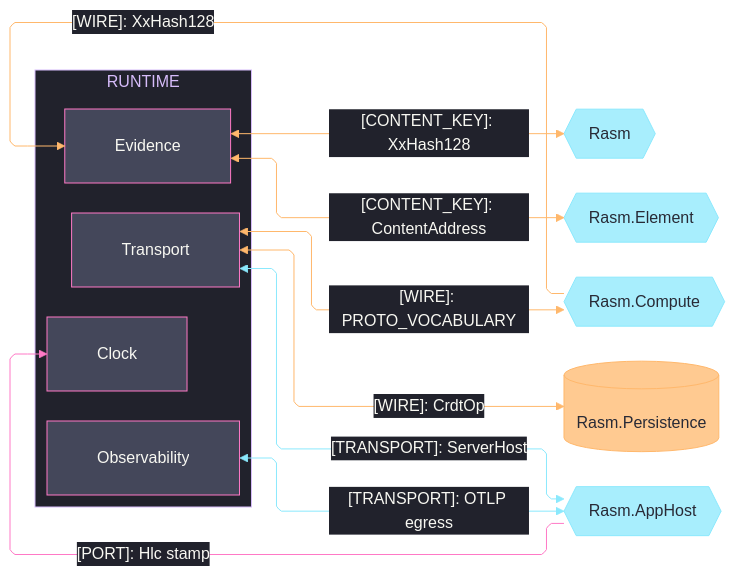
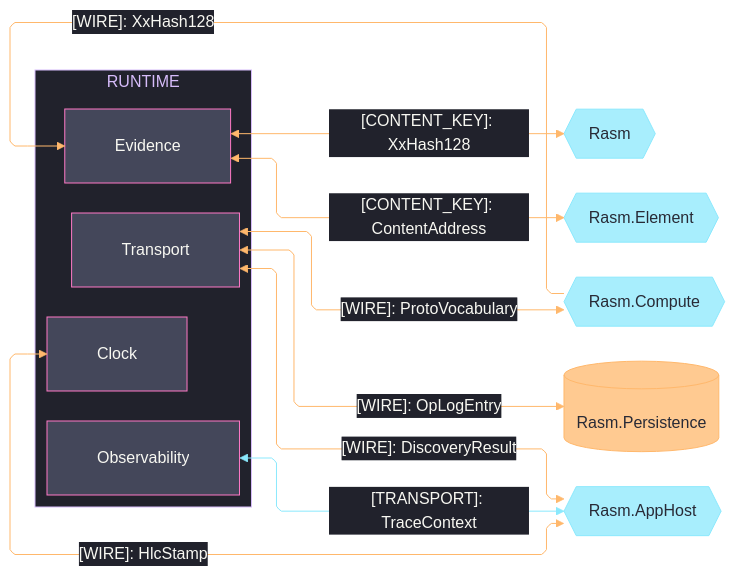
The first of 3 diagrams in libs/python/runtime/ARCHITECTURE.md (bsamiee/Rasm), drawn with Mermaid before and after one commit. The commit also changed other lines of this file and 24 other files, not shown here.

Commit message:
architecture: seam registries + codemaps aligned across the estate (worker fabric edges, scene rows, csharp/ts seam mirrors)

````diff
--- a/libs/python/runtime/ARCHITECTURE.md
+++ b/libs/python/runtime/ARCHITECTURE.md
@@ -35,62 +36,60 @@
 ```mermaid
 ---
 config:
   theme: base
   look: classic
   layout: elk
   flowchart:
     curve: linear
     padding: 25
   themeVariables:
     darkMode: true
     fontFamily: "SF Mono, Menlo, Cascadia Mono, Segoe UI Mono, Consolas, monospace"
     useGradient: false
     dropShadow: "none"
     background: "#282A36"
     primaryColor: "#44475A"
     primaryTextColor: "#F8F8F2"
     primaryBorderColor: "#BD93F9"
     lineColor: "#FF79C6"
     textColor: "#F8F8F2"
     clusterBkg: "#21222C"
     clusterBorder: "#D6BCFA"
     edgeLabelBackground: "#21222C"
     labelBackgroundColor: "#21222C"
     titleColor: "#D6BCFA"
   themeCSS: ".nodeLabel{font-size:13px;font-weight:500}.edgeLabel{font-size:12px;font-weight:500}.cluster-label .nodeLabel{font-size:13.5px;font-weight:700;letter-spacing:.08em}.edge-thickness-normal{stroke-width:2px}.edge-thickness-thick{stroke-width:3px}.edge-pattern-dashed,.edge-pattern-dotted{stroke-width:1.5px;stroke-dasharray:4 6}.node rect,.node circle,.node polygon,.node path,.node .outer-path{stroke-width:1.5px;filter:none!important}.cluster rect{stroke-width:1px!important;stroke-dasharray:5 4!important;filter:none!important}.marker path{transform:scale(.8);transform-origin:5px 5px}.marker circle{transform:scale(.48);transform-origin:5px 5px}.edgeLabel rect{transform-box:fill-box;transform-origin:center;transform:scale(1.1,1.2)}"
 ---
 flowchart LR
     accTitle: Runtime C# platform and kernel seams
     accDescr: Runtime sub-domain owners exchanging content keys, wire codecs, gRPC transport, and clock stamps with the kernel, element, compute, persistence, and app-host packages, edge rails colored by kind and nodes classed by seam direction.
     subgraph runtime[RUNTIME]
         Evidence[Evidence]
         Transport[Transport]
         Observability[Observability]
         Clock[Clock]
     end
     Rasm{{Rasm}}
     Element{{Rasm.Element}}
     Compute{{Rasm.Compute}}
     Persistence[(Rasm.Persistence)]
     AppHost{{Rasm.AppHost}}
     Evidence e1@<-->|"[CONTENT_KEY]: XxHash128"| Rasm
     Evidence e2@<-->|"[CONTENT_KEY]: ContentAddress"| Element
     Compute e3@-->|"[WIRE]: XxHash128"| Evidence
-    Transport e4@<-->|"[WIRE]: PROTO_VOCABULARY"| Compute
-    Transport e5@<-->|"[WIRE]: CrdtOp"| Persistence
-    Transport e6@<-->|"[TRANSPORT]: ServerHost"| AppHost
-    Observability e7@<-->|"[TRANSPORT]: OTLP egress"| AppHost
-    AppHost e8@-->|"[PORT]: Hlc stamp"| Clock
+    Transport e4@<-->|"[WIRE]: ProtoVocabulary"| Compute
+    Transport e5@<-->|"[WIRE]: OpLogEntry"| Persistence
+    Transport e6@<-->|"[WIRE]: DiscoveryResult"| AppHost
+    Observability e7@<-->|"[TRANSPORT]: TraceContext"| AppHost
+    AppHost e8@<-->|"[WIRE]: HlcStamp"| Clock
     classDef primary fill:#44475A,stroke:#FF79C6,color:#F8F8F2
     classDef external fill:#8BE9FDBF,stroke:#8BE9FD,color:#282A36
     classDef data fill:#FFB86CBF,stroke:#FFB86C,color:#282A36
     classDef edgeData stroke:#FFB86C,color:#F8F8F2
     classDef edgeExternal stroke:#8BE9FD,color:#F8F8F2
-    classDef edgeControl stroke:#FF79C6,color:#F8F8F2
     class Evidence,Transport,Observability,Clock primary
     class Rasm,Element,Compute,AppHost external
     class Persistence data
-    class e1,e2,e3,e4,e5 edgeData
-    class e6,e7 edgeExternal
-    class e8 edgeControl
+    class e1,e2,e3,e4,e5,e6,e8 edgeData
+    class e7 edgeExternal
 ```
````
